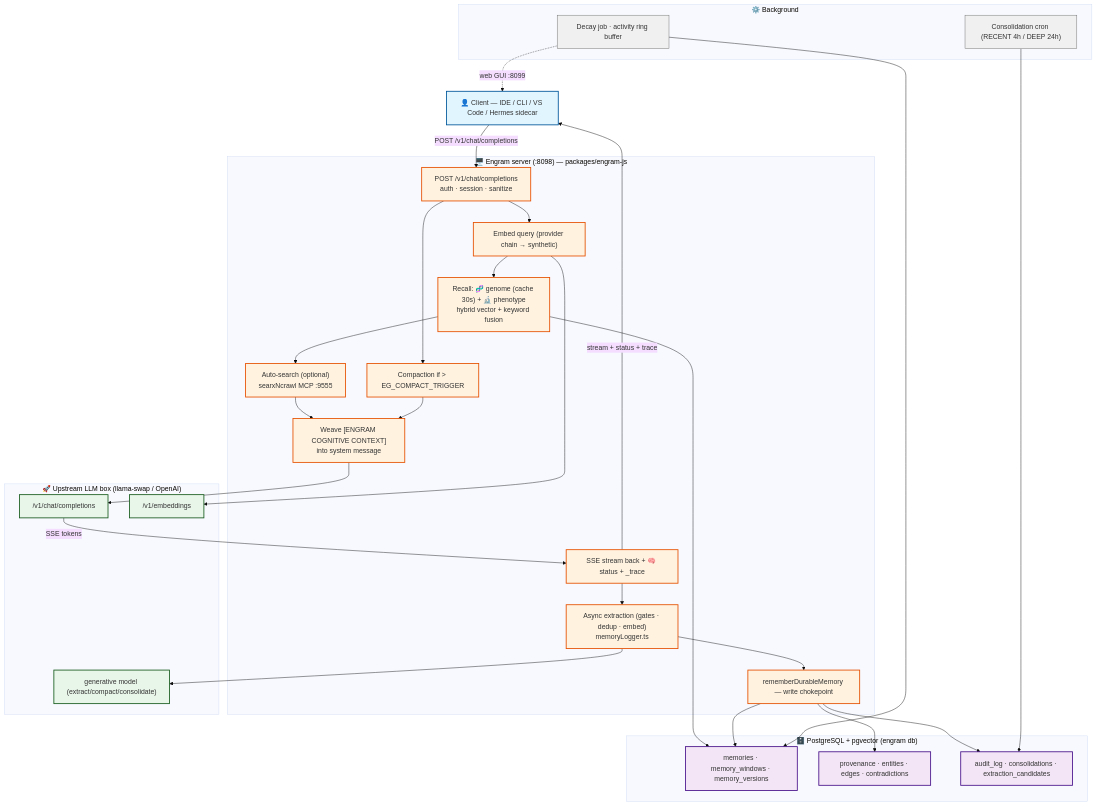
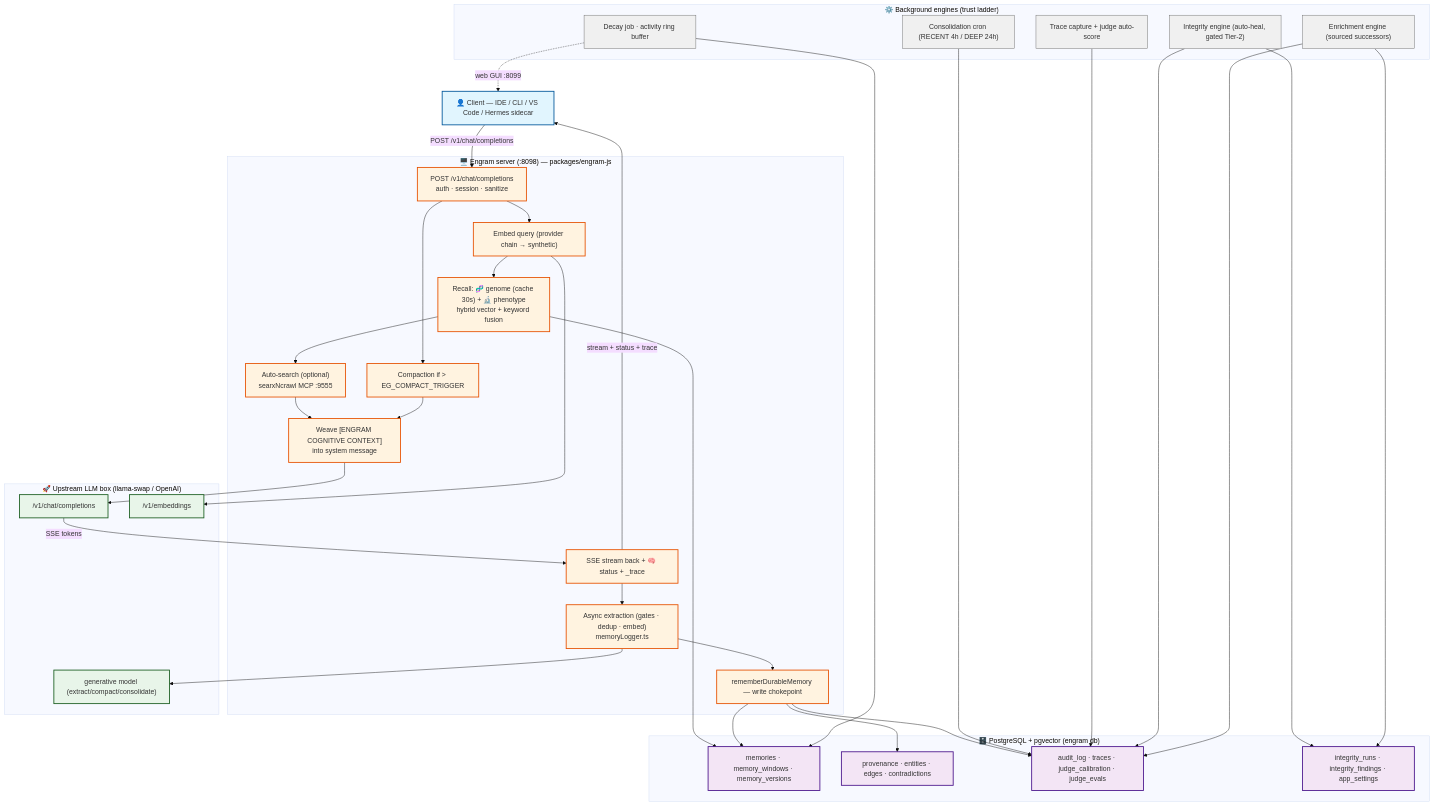
The diagram in readme.md (acester822/FTR10-Engram), drawn with Mermaid (base theme) before and after one commit. The commit also changed other lines of this file and 1 other file, not shown here.

````diff
--- a/readme.md
+++ b/readme.md
@@ -142,54 +196,63 @@
 ```mermaid
 flowchart TD
     classDef user fill:#e1f5fe,stroke:#01579b,stroke-width:2px
     classDef engram fill:#fff3e0,stroke:#e65100,stroke-width:2px
     classDef db fill:#f3e5f5,stroke:#4a148c,stroke-width:2px
     classDef up fill:#e8f5e9,stroke:#1b5e20,stroke-width:2px
     classDef bg fill:#f0f0f0,stroke:#666,stroke-width:1px
 
     U["👤 Client — IDE / CLI / VS Code / Hermes sidecar"]:::user
 
     subgraph ENGRAM["🖥️ Engram server (:8098) — packages/engram-js"]
         E1["POST /v1/chat/completions<br/>auth · session · sanitize"]:::engram
         E2["Embed query (provider chain → synthetic)"]:::engram
         E3["Recall: 🧬 genome (cache 30s) + 🔬 phenotype<br/>hybrid vector + keyword fusion"]:::engram
         E4["Auto-search (optional)<br/>searxNcrawl MCP :9555"]:::engram
         E5["Weave [ENGRAM COGNITIVE CONTEXT]<br/>into system message"]:::engram
         E6["Compaction if > EG_COMPACT_TRIGGER"]:::engram
         E7["SSE stream back + 🧠 status + _trace"]:::engram
         E8["Async extraction (gates · dedup · embed)<br/>memoryLogger.ts"]:::engram
         E9["rememberDurableMemory — write chokepoint"]:::engram
     end
 
     subgraph DB["🗄️ PostgreSQL + pgvector (engram db)"]
         T1["memories · memory_windows · memory_versions"]:::db
         T2["provenance · entities · edges · contradictions"]:::db
-        T3["audit_log · consolidations · extraction_candidates"]:::db
+        T3["audit_log · traces · judge_calibration · judge_evals"]:::db
+        T4["integrity_runs · integrity_findings · app_settings"]:::db
     end
 
     subgraph UP["🚀 Upstream LLM box (llama-swap / OpenAI)"]
         U1["/v1/chat/completions"]:::up
         U2["/v1/embeddings"]:::up
         U3["generative model (extract/compact/consolidate)"]:::up
     end
 
-    subgraph BG["⚙️ Background"]
+    subgraph BG["⚙️ Background engines (trust ladder)"]
         B1["Consolidation cron (RECENT 4h / DEEP 24h)"]:::bg
-        B2["Decay job · activity ring buffer"]:::bg
+        B2["Trace capture + judge auto-score"]:::bg
+        B3["Integrity engine (auto-heal, gated Tier-2)"]:::bg
+        B4["Enrichment engine (sourced successors)"]:::bg
+        B5["Decay job · activity ring buffer"]:::bg
     end
 
     U -->|"POST /v1/chat/completions"| E1
     E1 --> E2 --> U2
     E2 --> E3 --> T1
     E3 --> E4 --> E5
     E1 --> E6 --> E5
     E5 --> U1
     U1 -->|"SSE tokens"| E7 -->|"stream + status + trace"| U
     E7 --> E8 --> U3
     E8 --> E9 --> T1
     E9 --> T2
     E9 --> T3
     B1 --> T3
-    B2 --> T1
-    B2 -.->|"web GUI :8099"| U
+    B2 --> T3
+    B3 --> T3
+    B3 --> T4
+    B4 --> T3
+    B4 --> T4
+    B5 --> T1
+    B5 -.->|"web GUI :8099"| U
 ```
````
